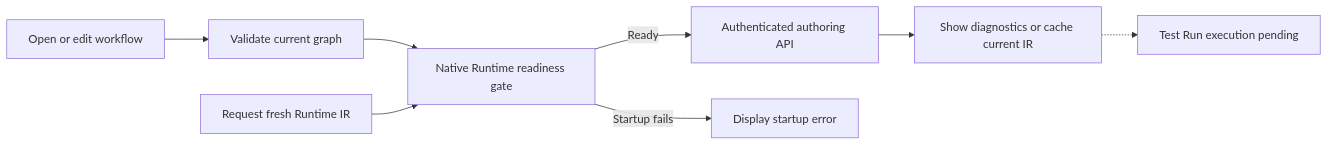
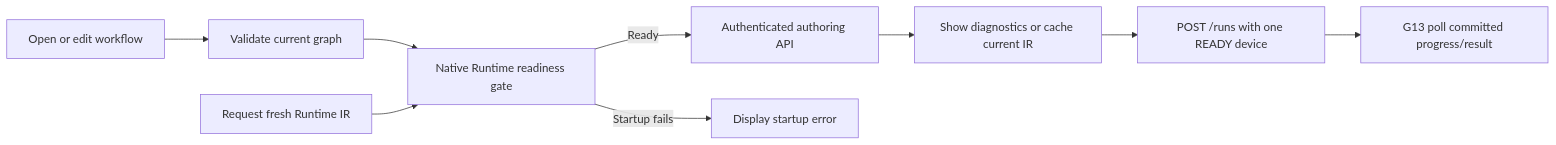
One commit to A2MaTex/a2matex-docs changed the diagram in components/a2matex-runtime/integration/studio.md. Above: the diagram before and after it, drawn with Mermaid. The commit also changed other lines of this file and 30 other files, not shown here.

````diff
--- a/components/a2matex-runtime/integration/studio.md
+++ b/components/a2matex-runtime/integration/studio.md
@@ -10,10 +11,11 @@
 ```mermaid
 flowchart LR
     E[Open or edit workflow] --> V[Validate current graph]
     V --> R[Native Runtime readiness gate]
     C[Request fresh Runtime IR] --> R
     R -->|Ready| A[Authenticated authoring API]
     R -->|Startup fails| X[Display startup error]
     A --> D[Show diagnostics or cache current IR]
-    D -.-> T[Test Run execution pending]
+    D --> T[POST /runs with one READY device]
+    T --> P[G13 poll committed progress/result]
 ```
````
